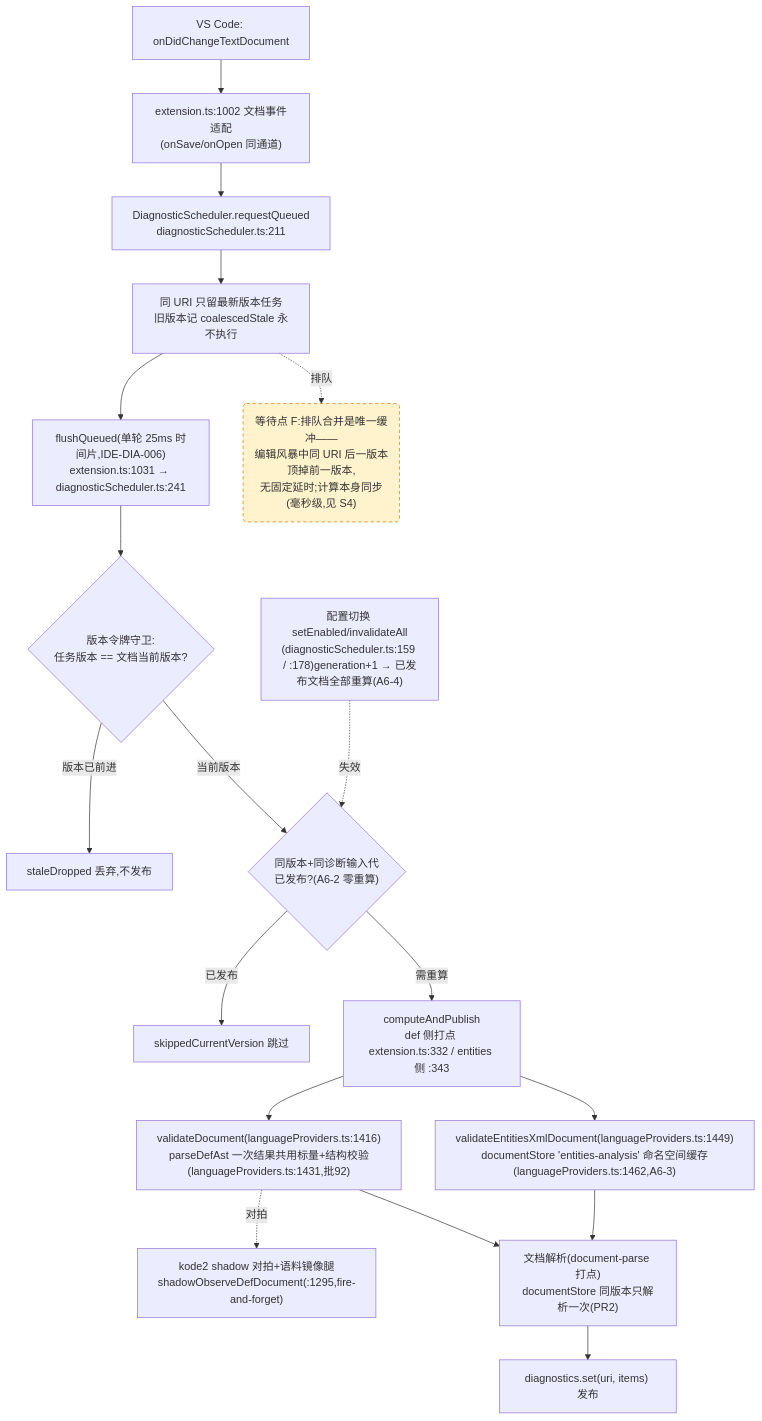
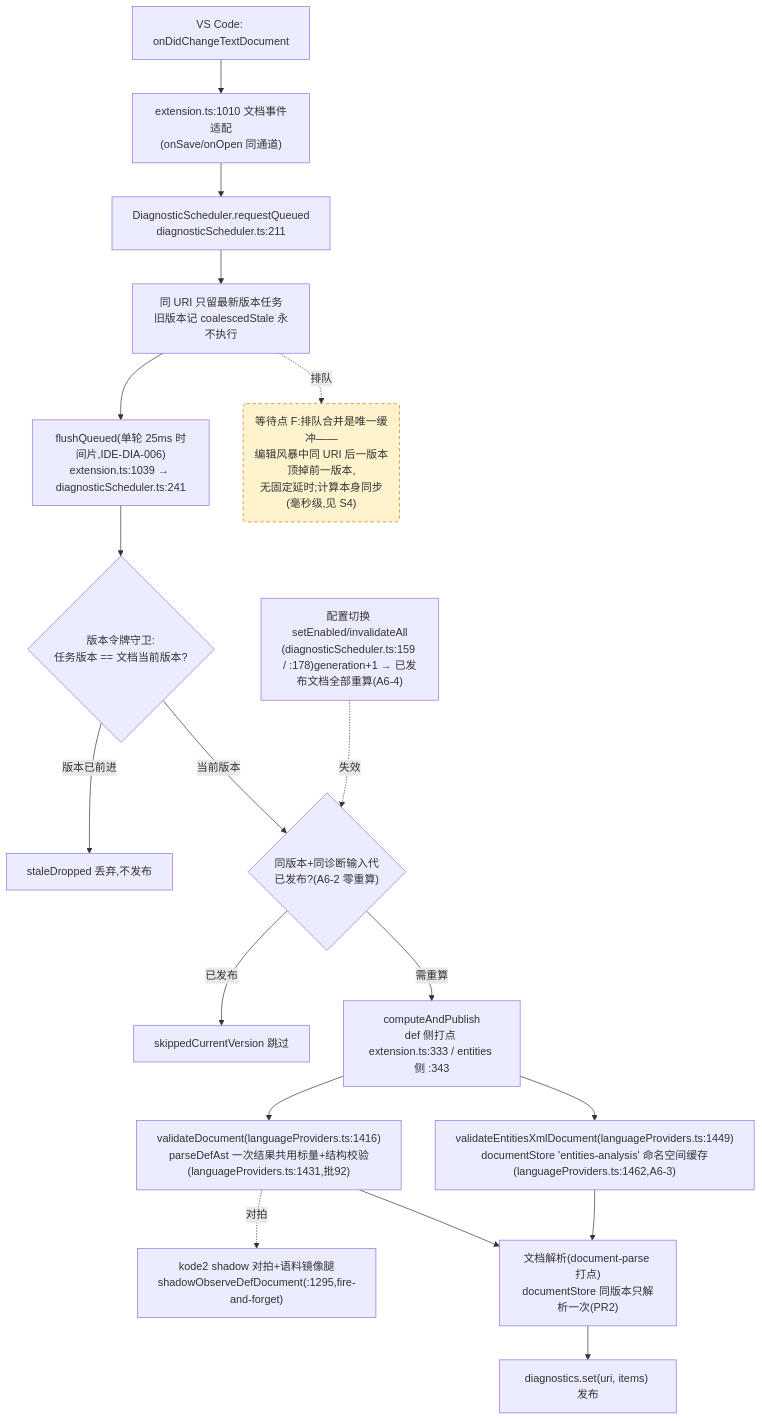
The fourth of 4 diagrams in docs/perf/2026-baseline.md (cuihairu/kode), drawn with Mermaid before and after one commit. The commit also changed other lines of this file and 9 other files, not shown here.

````diff
--- a/docs/perf/2026-baseline.md
+++ b/docs/perf/2026-baseline.md
@@ -214,38 +214,38 @@
 ```mermaid
 flowchart TD
   CHG["VS Code: onDidChangeTextDocument"]
-  WATCH["extension.ts:1002 文档事件适配<br/>(onSave/onOpen 同通道)"]
+  WATCH["extension.ts:1010 文档事件适配<br/>(onSave/onOpen 同通道)"]
   RQ["DiagnosticScheduler.requestQueued<br/>diagnosticScheduler.ts:211"]
   CO["同 URI 只留最新版本任务<br/>旧版本记 coalescedStale 永不执行"]
-  FL["flushQueued(单轮 25ms 时间片,IDE-DIA-006)<br/>extension.ts:1031 → diagnosticScheduler.ts:241"]
+  FL["flushQueued(单轮 25ms 时间片,IDE-DIA-006)<br/>extension.ts:1039 → diagnosticScheduler.ts:241"]
   VG{"版本令牌守卫:<br/>任务版本 == 文档当前版本?"}
   DROP["staleDropped 丢弃,不发布"]
   GEN{"同版本+同诊断输入代<br/>已发布?(A6-2 零重算)"}
   SKIP["skippedCurrentVersion 跳过"]
-  CALC["computeAndPublish<br/>def 侧打点 extension.ts:332 / entities 侧 :343"]
+  CALC["computeAndPublish<br/>def 侧打点 extension.ts:333 / entities 侧 :343"]
   VD["validateDocument(languageProviders.ts:1416)<br/>parseDefAst 一次结果共用标量+结构校验(languageProviders.ts:1431,批92)"]
   VEX["validateEntitiesXmlDocument(languageProviders.ts:1449)<br/>documentStore 'entities-analysis' 命名空间缓存(languageProviders.ts:1462,A6-3)"]
   SHDD["kode2 shadow 对拍+语料镜像腿<br/>shadowObserveDefDocument(:1295,fire-and-forget)"]
   DS["文档解析(document-parse 打点)<br/>documentStore 同版本只解析一次(PR2)"]
   PUB["diagnostics.set(uri, items) 发布"]
   CFG2["配置切换 setEnabled/invalidateAll<br/>(diagnosticScheduler.ts:159 / :178)generation+1 → 已发布文档全部重算(A6-4)"]
 
   CHG --> WATCH --> RQ --> CO --> FL --> VG
   VG -- "版本已前进" --> DROP
   VG -- "当前版本" --> GEN
   GEN -- "已发布" --> SKIP
   GEN -- "需重算" --> CALC
   CALC --> VD
   CALC --> VEX
   VD --> DS
   VEX --> DS
   DS --> PUB
   VD -.->|对拍| SHDD
   CFG2 -.->|失效| GEN
 
   WAITF("等待点 F:排队合并是唯一缓冲——<br/>编辑风暴中同 URI 后一版本顶掉前一版本,<br/>无固定延时;计算本身同步(毫秒级,见 S4)")
   CO -.->|排队| WAITF
 
   classDef waitPoint fill:#fff3cd,stroke:#d97706,stroke-dasharray:5 4;
   class WAITF waitPoint;
 ```
````
